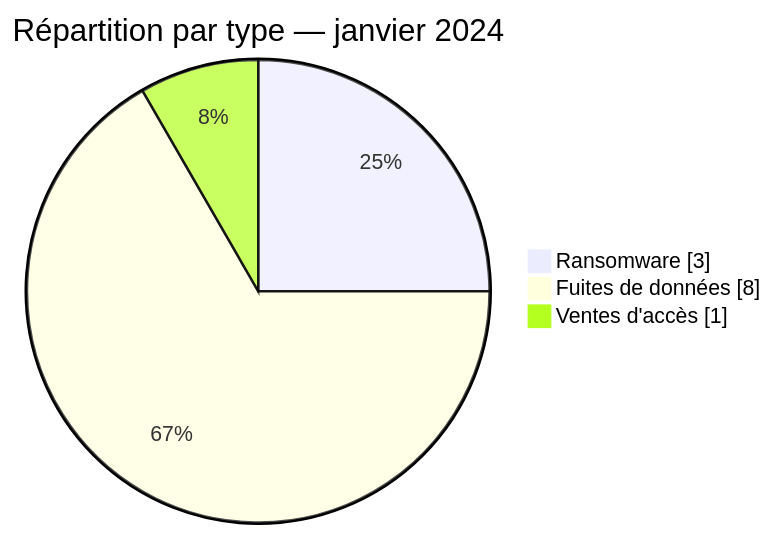
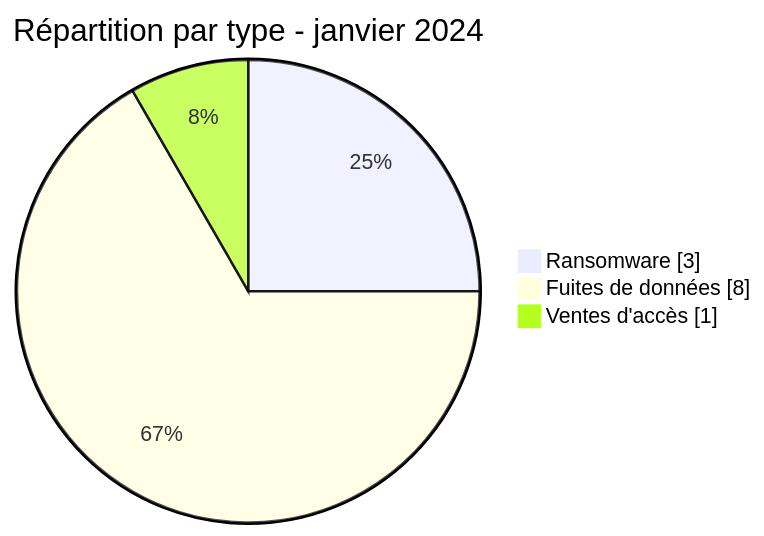
One commit to Hatchepsoute/AFRINTEL changed the second of 2 diagrams in CyberAttackAfrica/2024/01-january/README_FR.md. Above: the diagram before and after it, drawn with Mermaid. The commit also changed other lines of this file and 182 other files, not shown here.

````diff
--- a/CyberAttackAfrica/2024/01-january/README_FR.md
+++ b/CyberAttackAfrica/2024/01-january/README_FR.md
@@ -59,7 +59,7 @@
 ```mermaid
 pie showData
-    title Répartition par type — janvier 2024
+    title Répartition par type - janvier 2024
     "Ransomware" : 3
     "Fuites de données" : 8
     "Ventes d'accès" : 1
 ```
````
